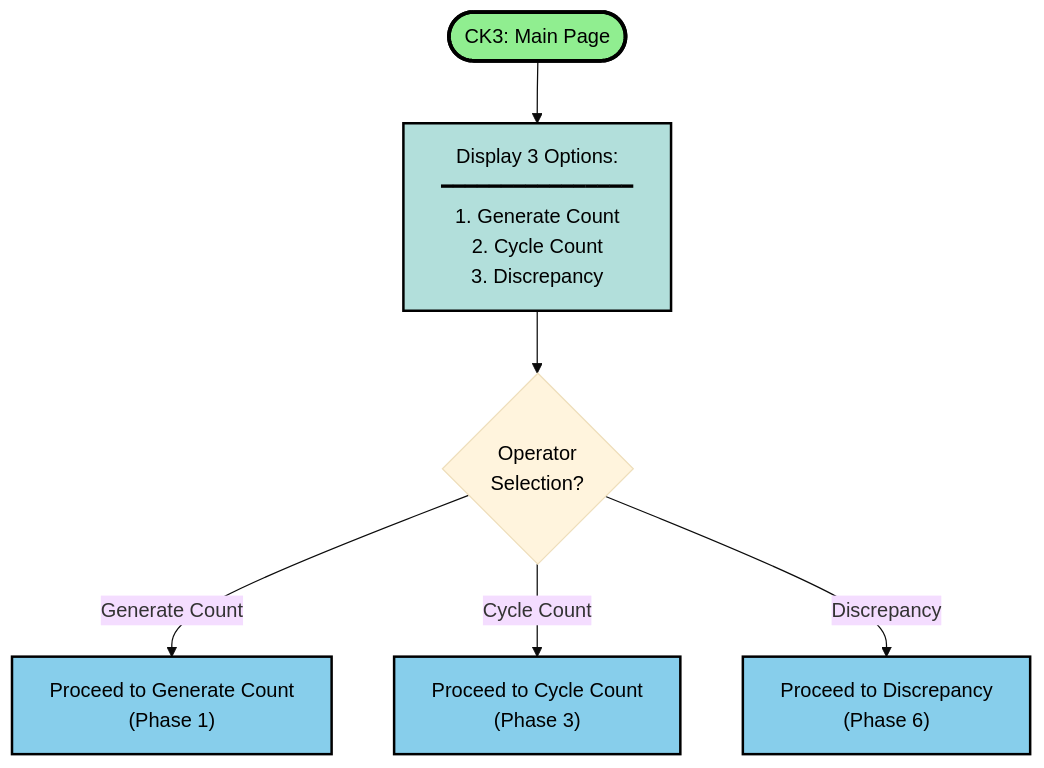
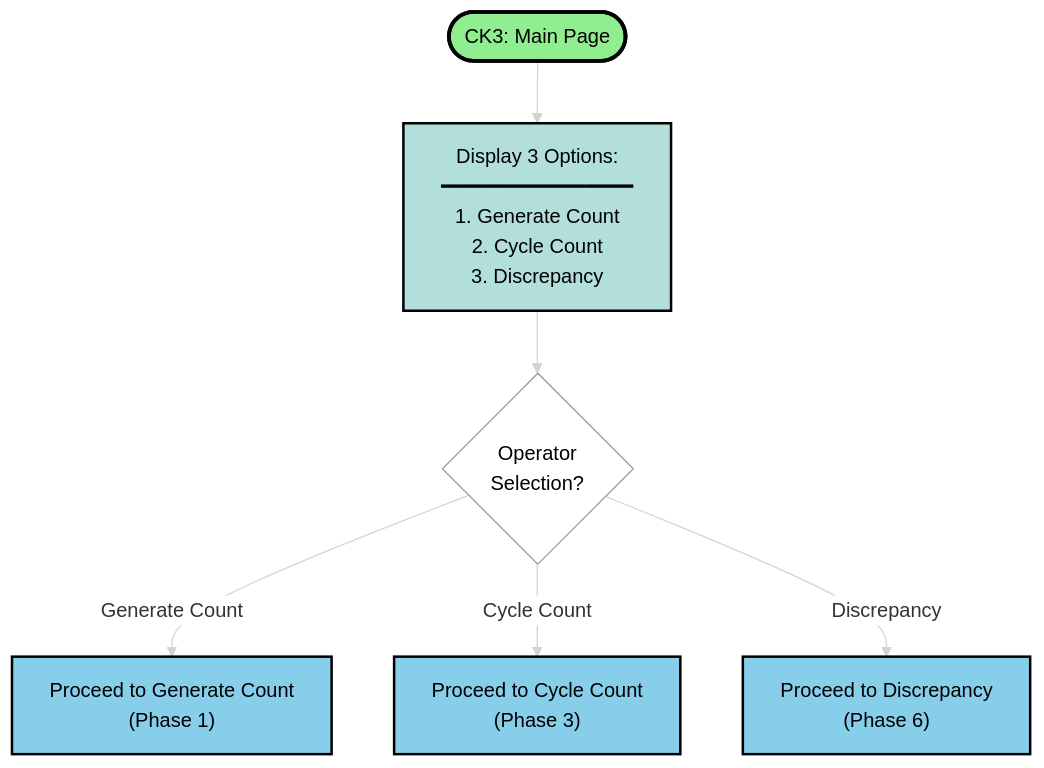
The first of 11 diagrams in workflow.md (kohjs/RMC-Cycle-Count), drawn with Mermaid before and after one commit. The commit also changed other lines of this file, not shown here.

Commit message:
theme changes

````diff
--- a/workflow.md
+++ b/workflow.md
@@ -35,19 +35,19 @@
 ```mermaid
-%%{init: {'theme':'base'}}%%
+%%{init: {'theme':'base', 'themeVariables': {'edgeLabelBackground':'#fff', 'primaryColor':'#fff', 'primaryBorderColor':'#999', 'lineColor':'#d3d3d3'}}}%%
 flowchart TD
     Start(["CK3: Main Page"]) --> Main["Display 3 Options:<br>━━━━━━━━━━━━━━━━<br>1. Generate Count<br>2. Cycle Count<br>3. Discrepancy"]
     Main --> Choice{"Operator<br>Selection?"}
     Choice -- Generate Count --> Gen["Proceed to Generate Count<br>(Phase 1)"]
     Choice -- Cycle Count --> CC["Proceed to Cycle Count<br>(Phase 3)"]
     Choice -- Discrepancy --> DR["Proceed to Discrepancy<br>(Phase 6)"]
 
     style Start fill:#90EE90,stroke:#000,stroke-width:3px,color:#000
     style Main fill:#B2DFDB,stroke:#000,stroke-width:2px,color:#000
     style Choice color:#000
     style Gen fill:#87CEEB,stroke:#000,stroke-width:2px,color:#000
     style CC fill:#87CEEB,stroke:#000,stroke-width:2px,color:#000
     style DR fill:#87CEEB,stroke:#000,stroke-width:2px,color:#000
 
 
 
 ```
````
